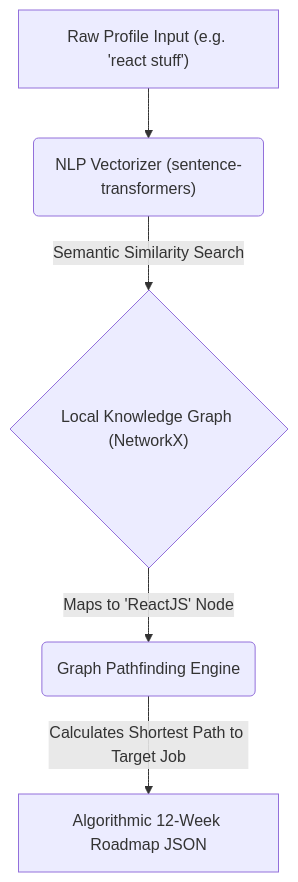
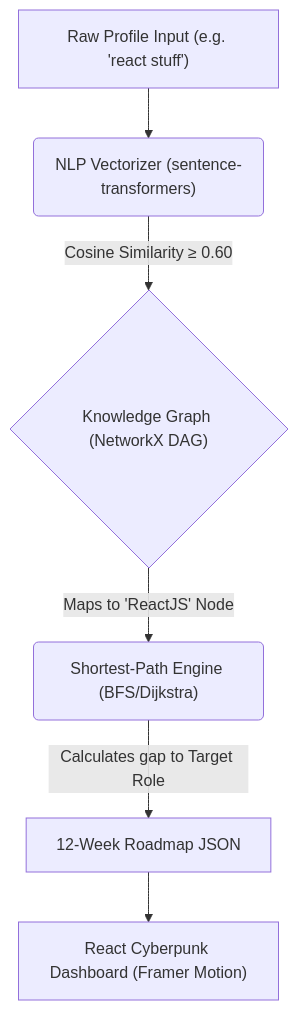
The diagram in README.md (sriiverse/Placement-Pro), drawn with Mermaid before and after one commit. The commit also changed other lines of this file and 6 other files, not shown here.

````diff
--- a/README.md
+++ b/README.md
@@ -36,7 +50,8 @@
 ```mermaid
 flowchart TD
     A["Raw Profile Input (e.g. 'react stuff')"] --> B("NLP Vectorizer (sentence-transformers)")
-    B -->|"Semantic Similarity Search"| C{"Local Knowledge Graph (NetworkX)"}
-    C -->|"Maps to 'ReactJS' Node"| D("Graph Pathfinding Engine")
-    D -->|"Calculates Shortest Path to Target Job"| E["Algorithmic 12-Week Roadmap JSON"]
+    B -->|"Cosine Similarity ≥ 0.60"| C{"Knowledge Graph (NetworkX DAG)"}
+    C -->|"Maps to 'ReactJS' Node"| D("Shortest-Path Engine (BFS/Dijkstra)")
+    D -->|"Calculates gap to Target Role"| E["12-Week Roadmap JSON"]
+    E --> F["React Cyberpunk Dashboard (Framer Motion)"]
 ```
````
